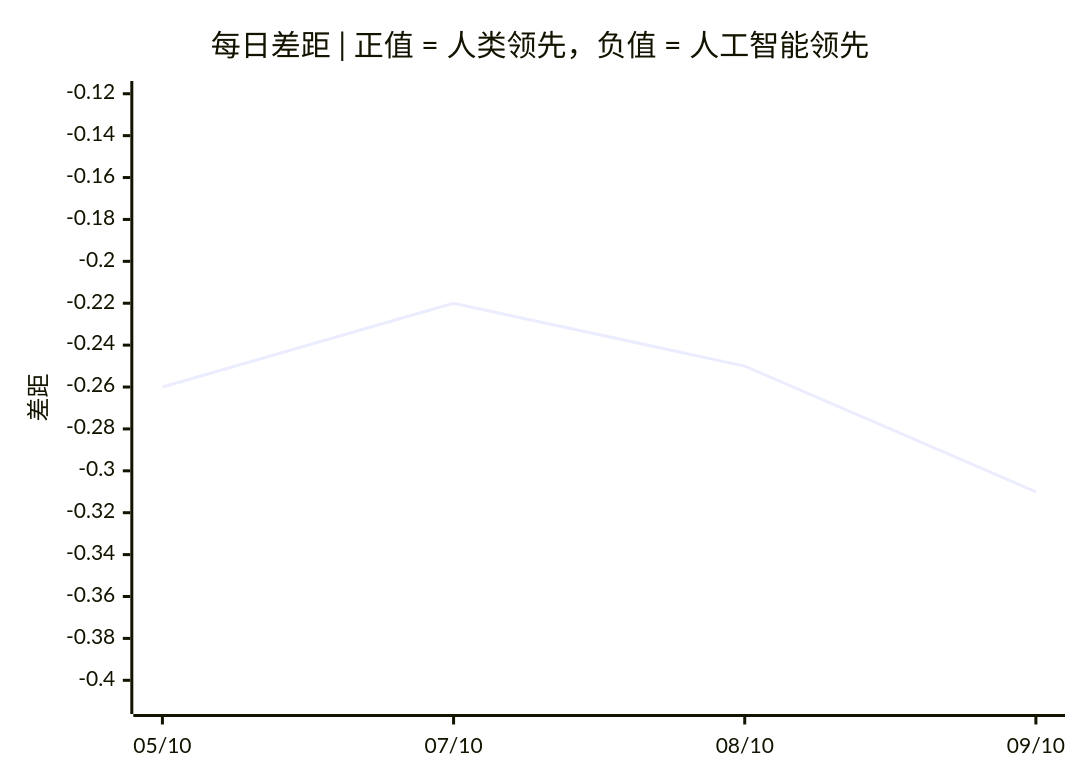
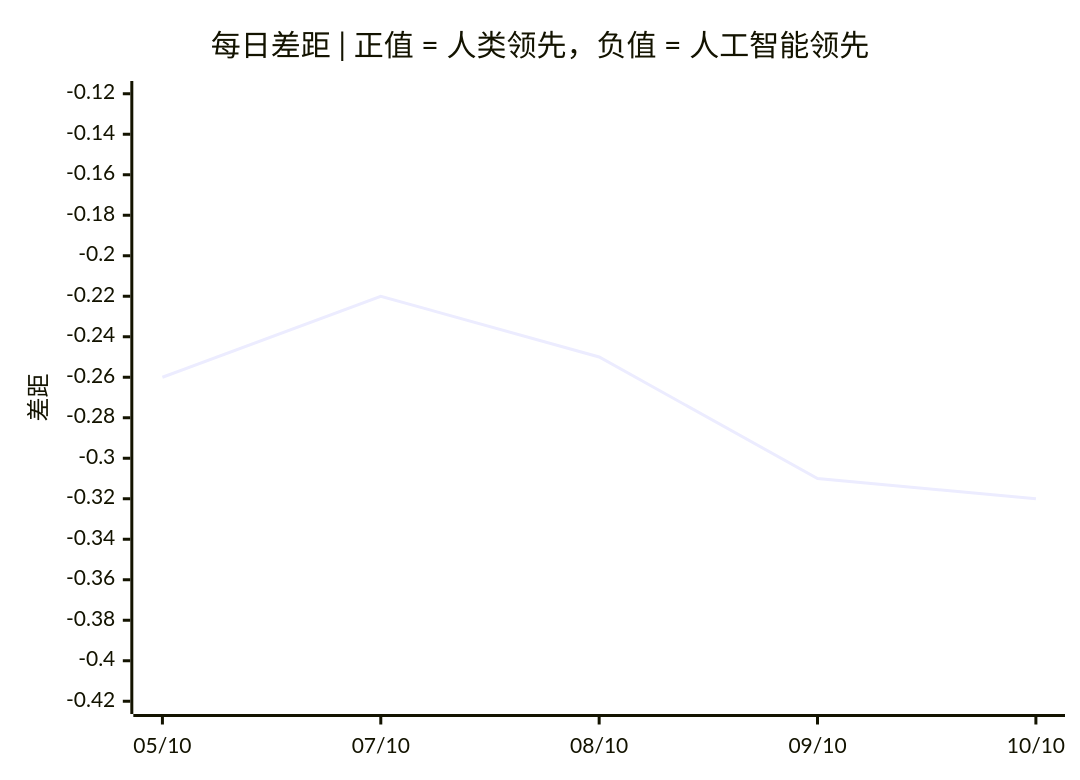
The third of 3 diagrams in README.zh.md (VQQLK/Human-AI-Monitor), drawn with Mermaid before and after one commit. The commit also changed other lines of this file and 5 other files, not shown here.

````diff
--- a/README.zh.md
+++ b/README.zh.md
@@ -55,7 +55,7 @@
 ```mermaid
 xychart-beta
     title "每日差距 | 正值 = 人类领先，负值 = 人工智能领先"
-    x-axis ["05/10", "07/10", "08/10", "09/10"]
-    y-axis "差距" -0.41 --> -0.12
-    line [-0.26, -0.22, -0.25, -0.31]
+    x-axis ["05/10", "07/10", "08/10", "09/10", "10/10"]
+    y-axis "差距" -0.42 --> -0.12
+    line [-0.26, -0.22, -0.25, -0.31, -0.32]
 ```
````
